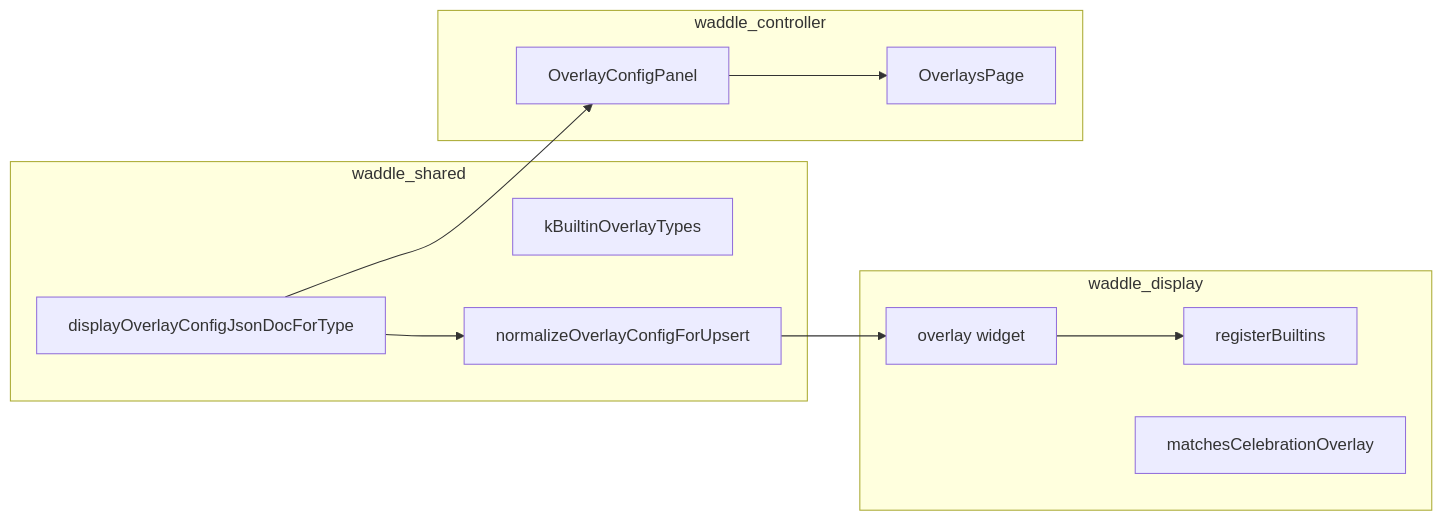
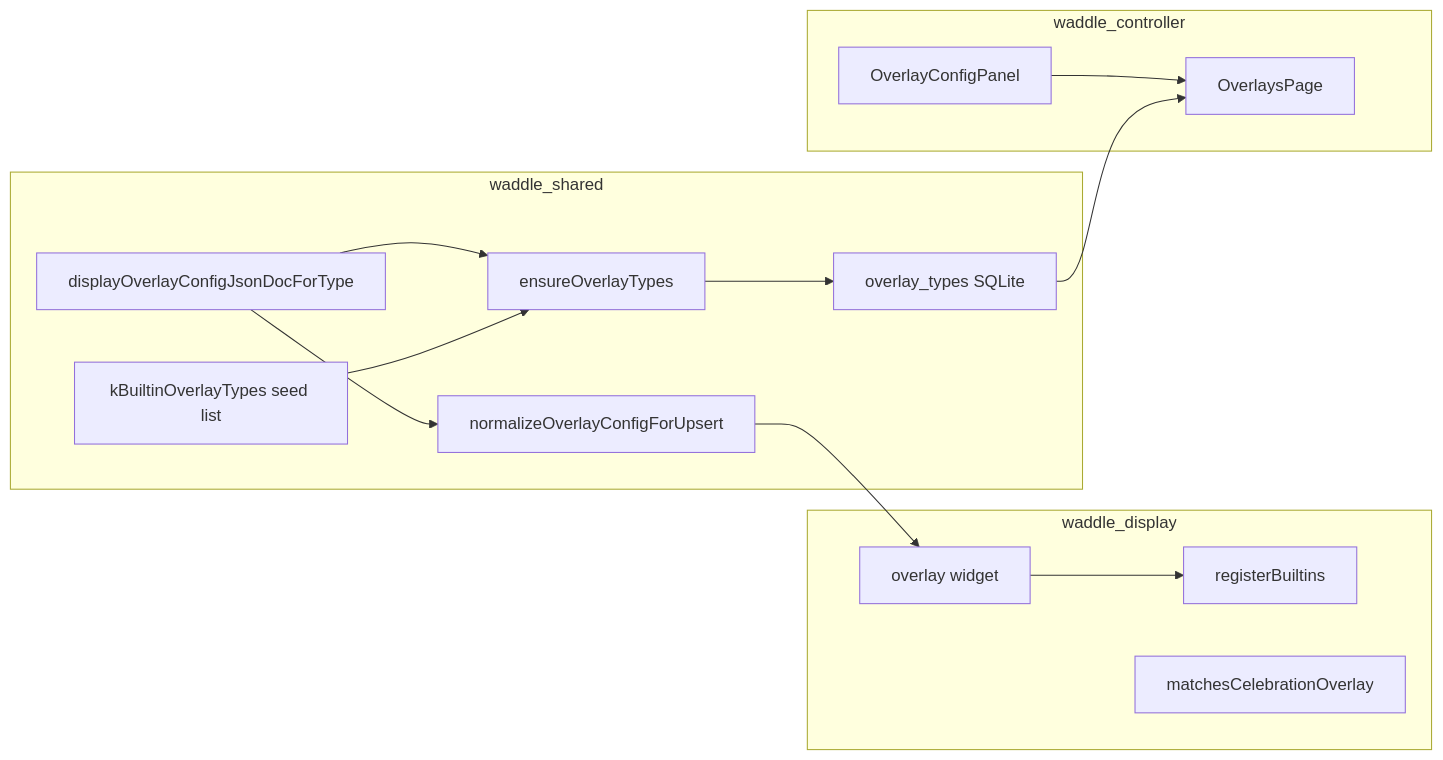
One commit to dukk/waddle-view changed the diagram in .cursor/skills/add-display-overlay/SKILL.md. Above: the diagram before and after it, drawn with Mermaid. The commit also changed other lines of this file and 10 other files, not shown here.

First line of the commit message:
Enhance overlay types integration and update schema handling

````diff
--- a/.cursor/skills/add-display-overlay/SKILL.md
+++ b/.cursor/skills/add-display-overlay/SKILL.md
@@ -27,22 +27,27 @@
 ```mermaid
 flowchart LR
   subgraph shared [waddle_shared]
-    tables[kBuiltinOverlayTypes]
+    tables[kBuiltinOverlayTypes seed list]
     doc[displayOverlayConfigJsonDocForType]
+    seedFn[ensureOverlayTypes]
+    overlayTypesTable[overlay_types SQLite]
     norm[normalizeOverlayConfigForUpsert]
   end
   subgraph display [waddle_display]
     widget[overlay widget]
     registry[registerBuiltins]
     schedule[matchesCelebrationOverlay]
   end
   subgraph controller [waddle_controller]
     panel[OverlayConfigPanel]
     page[OverlaysPage]
   end
-  doc --> panel
+  tables --> seedFn
+  doc --> seedFn
+  seedFn --> overlayTypesTable
+  overlayTypesTable --> page
   doc --> norm
   norm --> widget
   widget --> registry
   panel --> page
 ```
````
